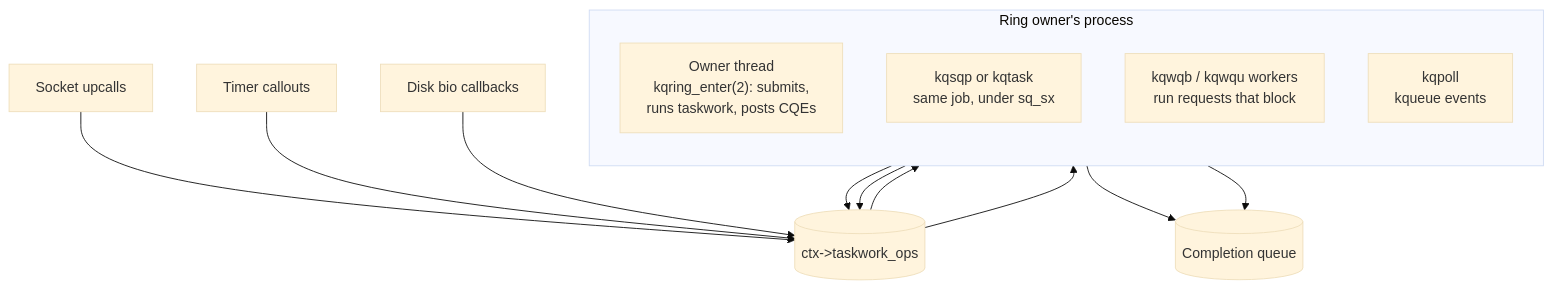
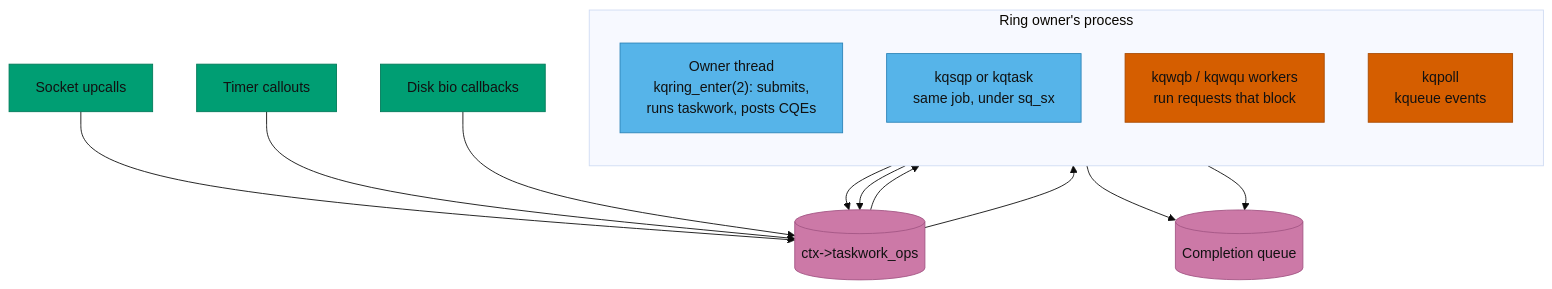
The fourth of 15 diagrams in ARCHITECTURE.MD (grepjava/kqring), drawn with Mermaid (base theme) before and after one commit. The commit also changed other lines of this file and 1 other file, not shown here.

First line of the commit message:
Docs: color the diagrams by role

````diff
--- a/ARCHITECTURE.MD
+++ b/ARCHITECTURE.MD
@@ -191,25 +218,34 @@
 ```mermaid
 flowchart TB
     subgraph Proc["Ring owner's process"]
         direction TB
         Owner["Owner thread<br/>kqring_enter(2): submits,<br/>runs taskwork, posts CQEs"]
         SQP["kqsqp or kqtask<br/>same job, under sq_sx"]
         Workers["kqwqb / kqwqu workers<br/>run requests that block"]
         Poller["kqpoll<br/>kqueue events"]
     end
     Upcall["Socket upcalls"]
     Timer["Timer callouts"]
     Bio["Disk bio callbacks"]
     TW[("ctx->taskwork_ops")]
     CQ[("Completion queue")]
 
     Workers --> TW
     Poller --> TW
     Upcall --> TW
     Timer --> TW
     Bio --> TW
     TW --> Owner
     TW --> SQP
     Owner --> CQ
     SQP --> CQ
+
+    classDef core fill:#56b4e9,stroke:#2b83b8,color:#111111
+    classDef ops fill:#009e73,stroke:#007a59,color:#111111
+    classDef worker fill:#d55e00,stroke:#a84a00,color:#111111
+    classDef queue fill:#cc79a7,stroke:#a35684,color:#111111
+    class Owner,SQP core
+    class Workers,Poller worker
+    class Upcall,Timer,Bio ops
+    class TW,CQ queue
 ```
````
